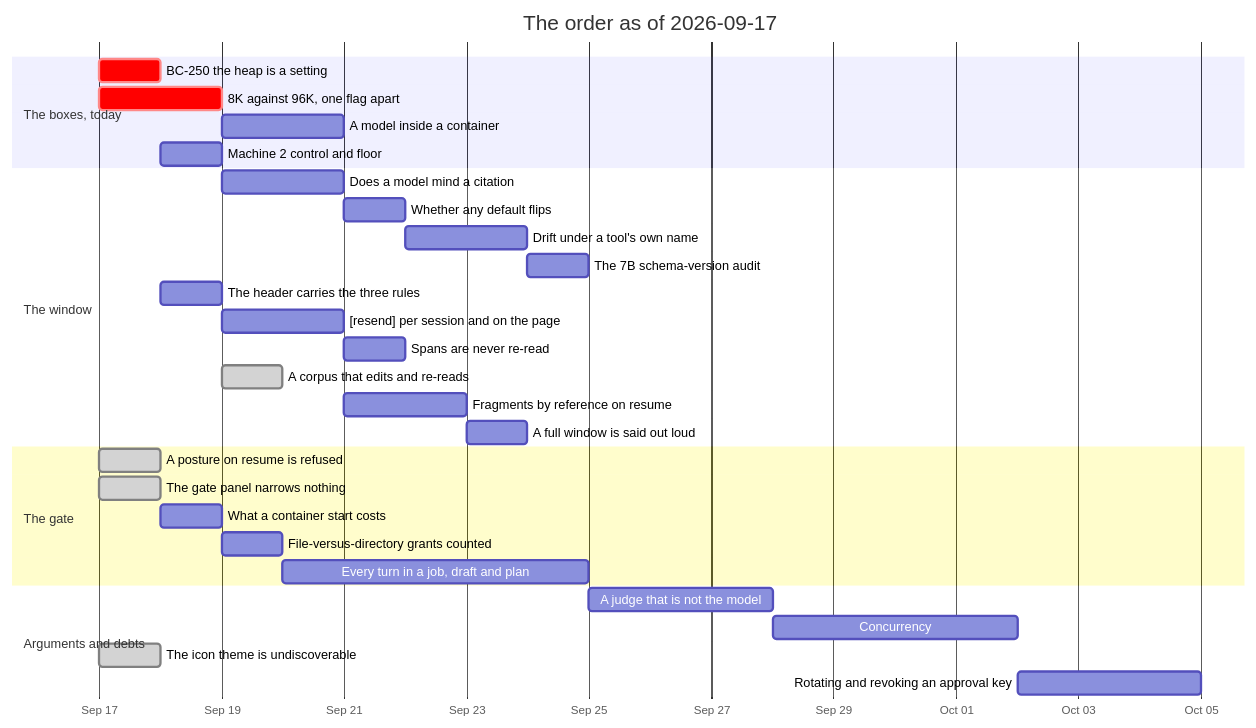
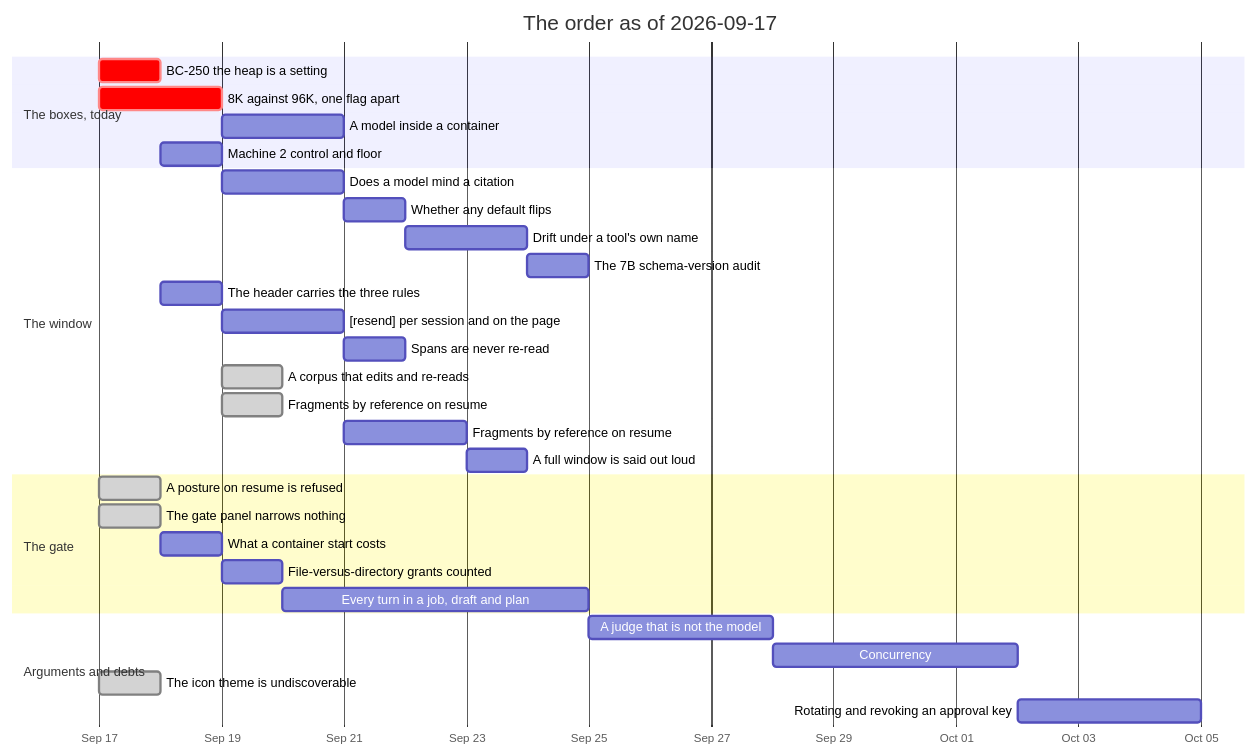
One commit to jgermade/luu changed the diagram in ROADMAP/2026-09-17/README.md. Above: the diagram before and after it, drawn with Mermaid. The commit also changed other lines of this file and 13 other files, not shown here.

````diff
--- a/ROADMAP/2026-09-17/README.md
+++ b/ROADMAP/2026-09-17/README.md
@@ -149,33 +149,34 @@
 ```mermaid
 gantt
     title The order as of 2026-09-17
     dateFormat YYYY-MM-DD
     axisFormat %b %d
     section The boxes, today
     BC-250 the heap is a setting           :crit, gtt, 2026-09-17, 1d
     8K against 96K, one flag apart         :crit, ctx, 2026-09-17, 2d
     A model inside a container             :ctr, after ctx, 2d
     Machine 2 control and floor            :m2, after gtt, 1d
     section The window
     Does a model mind a citation           :cite, after ctx, 2d
     Whether any default flips              :flip, after cite, 1d
     Drift under a tool's own name          :drift, after flip, 2d
     The 7B schema-version audit            :audit, after drift, 1d
     The header carries the three rules     :hdr, 2026-09-18, 1d
     [resend] per session and on the page   :resend, after hdr, 2d
     Spans are never re-read                :stale, after resend, 1d
     A corpus that edits and re-reads       :done, corpus, 2026-09-19, 1d
+    Fragments by reference on resume       :done, frag2, 2026-09-19, 1d
     Fragments by reference on resume       :frag, after resend, 2d
     A full window is said out loud         :full, after frag, 1d
     section The gate
     A posture on resume is refused         :done, posture, 2026-09-17, 1d
     The gate panel narrows nothing         :done, panel, 2026-09-17, 1d
     What a container start costs           :cost, after panel, 1d
     File-versus-directory grants counted   :grants, after cost, 1d
     Every turn in a job, draft and plan    :jobs, after grants, 5d
     section Arguments and debts
     A judge that is not the model          :judge, after audit, 3d
     Concurrency                            :conc, after judge, 4d
     The icon theme is undiscoverable       :done, icon, 2026-09-17, 1d
     Rotating and revoking an approval key  :keys, after conc, 3d
 ```
````
